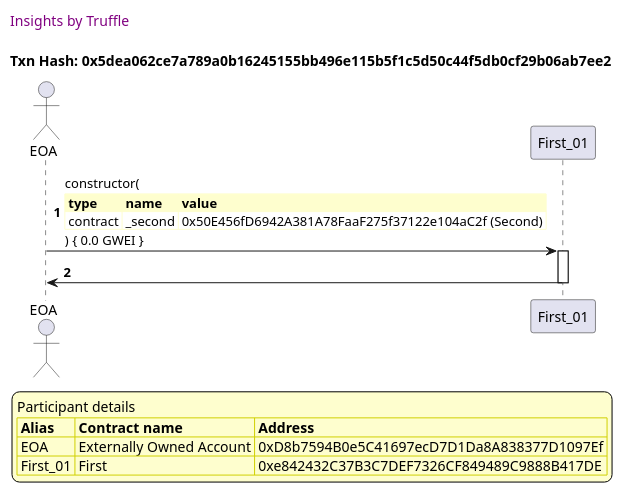
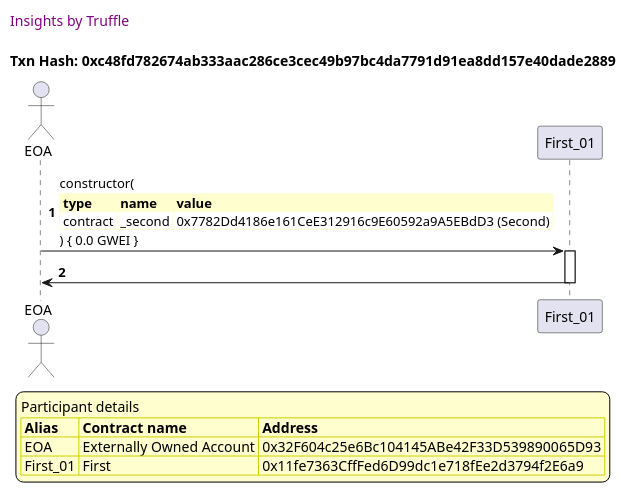
The fourth of 6 diagrams in truffle-seq/constructor.test.md (trufflesuite/txlog-seedlings), drawn with PlantUML before and after one commit. The commit also changed other lines of this file and 8 other files, not shown here.

````diff
--- a/truffle-seq/constructor.test.md
+++ b/truffle-seq/constructor.test.md
@@ -152,40 +152,40 @@
 ```plantuml
 
 
 @startuml
 
 autonumber
 skinparam legendBackgroundColor #FEFECE
 
 <style>
       header {
         HorizontalAlignment left
         FontColor purple
         FontSize 14
         Padding 10
       }
     </style>
 
 header Insights by Truffle
 
-title Txn Hash: 0x5dea062ce7a789a0b16245155bb496e115b5f1c5d50c44f5db0cf29b06ab7ee2
+title Txn Hash: 0xc48fd782674ab333aac286ce3cec49b97bc4da7791d91ea8dd157e40dade2889
 
 
 actor EOA as "EOA"
 participant First_01 as "First_01"
 
 "EOA" -> "First_01" ++: constructor(\n\
 <#FEFECE,#FEFECE>|= type |= name |= value |\n\
-| contract | _second | 0x50E456fD6942A381A78FaaF275f37122e104aC2f (Second) |\n\
+| contract | _second | 0x7782Dd4186e161CeE312916c9E60592a9A5EBdD3 (Second) |\n\
 ) { 0.0 GWEI }
 "First_01" -> "EOA" --: 
 
 legend
 Participant details
 <#FEFECE,#D0D000>|= Alias |= Contract name |= Address |
-<#FEFECE>| EOA | Externally Owned Account | 0xD8b7594B0e5C41697ecD7D1Da8A838377D1097Ef |
-<#FEFECE>| First_01 | First | 0xe842432C37B3C7DEF7326CF849489C9888B417DE |
+<#FEFECE>| EOA | Externally Owned Account | 0x32F604c25e6Bc104145ABe42F33D539890065D93 |
+<#FEFECE>| First_01 | First | 0x11fe7363CffFed6D99dc1e718fEe2d3794f2E6a9 |
 endlegend
 
 @enduml
 ```
````
